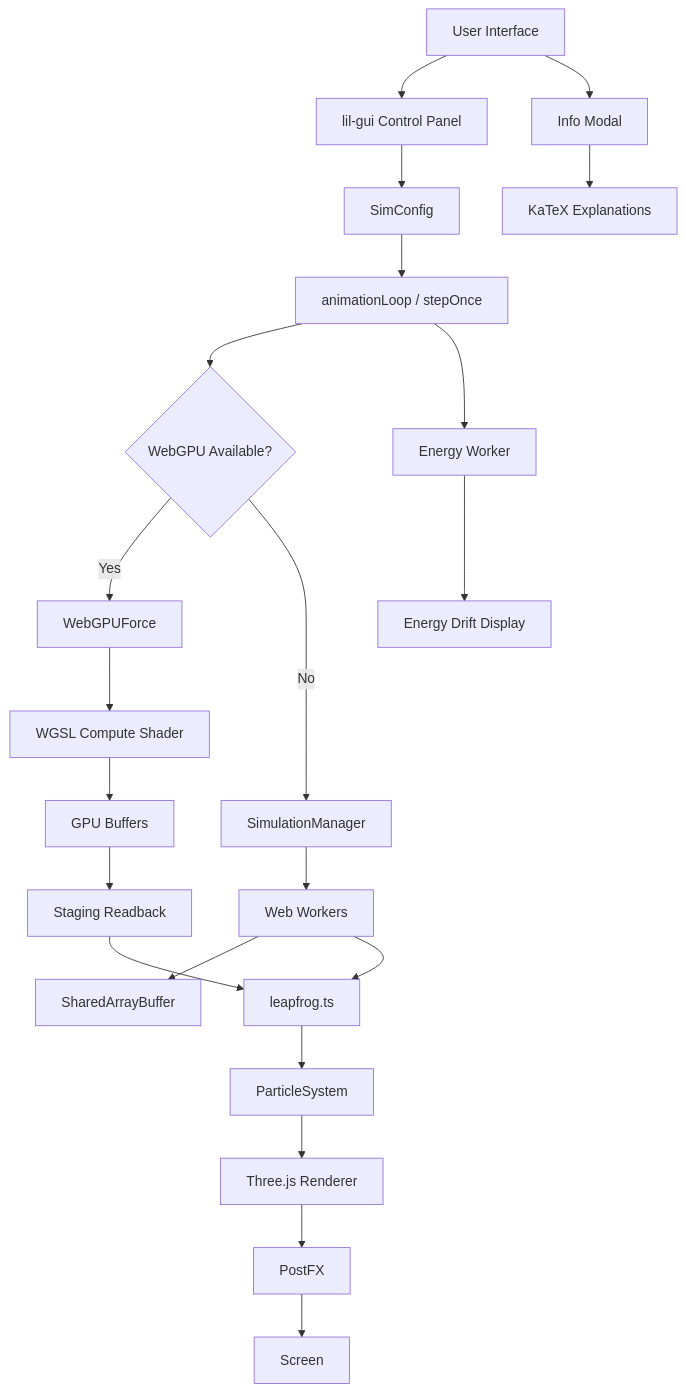
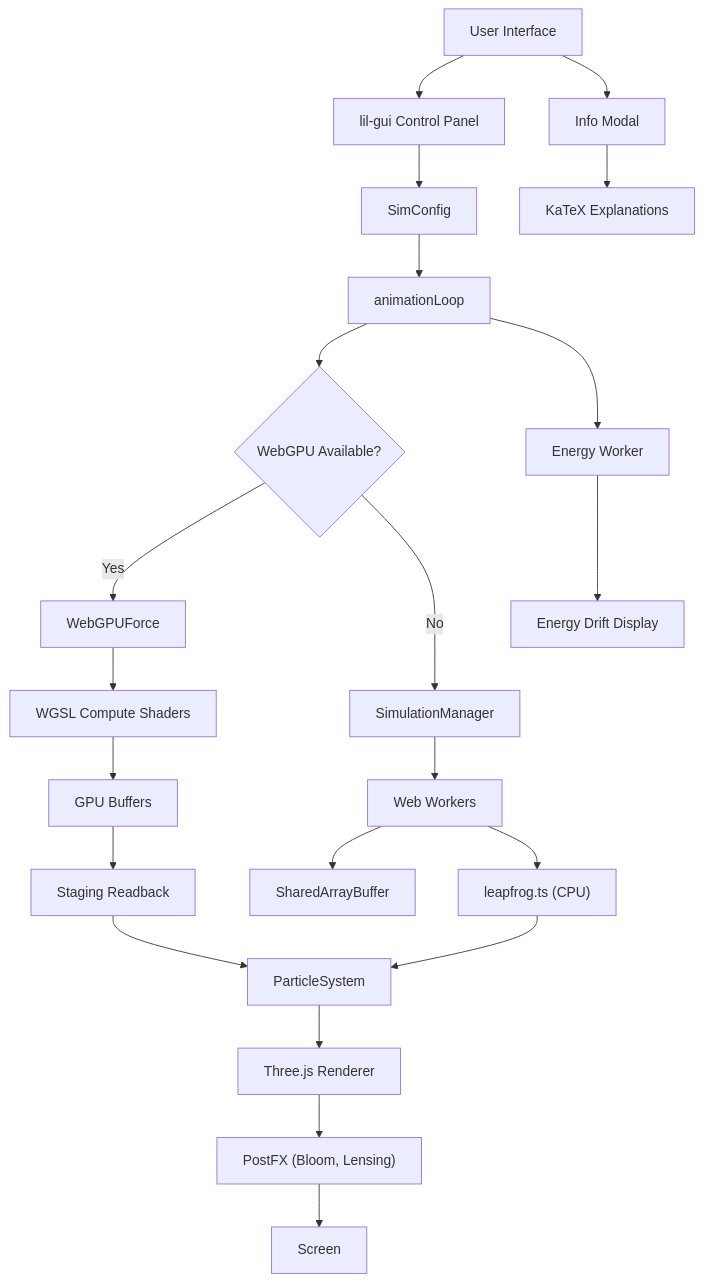
One commit to richie-rich90454/n-body-sim changed the first of 4 diagrams in README.md. Above: the diagram before and after it, drawn with Mermaid. The commit also changed other lines of this file and 2 other files, not shown here.

Commit message:
docs: update README to reflect full GPU leapfrog integration and CPU fallback details

````diff
--- a/README.md
+++ b/README.md
@@ -31,24 +31,24 @@
 ```mermaid
 flowchart TD
     A[User Interface] --> B[lil‑gui Control Panel]
     A --> C[Info Modal]
     C --> D[KaTeX Explanations]
     B --> E[SimConfig]
-    E --> F[animationLoop / stepOnce]
+    E --> F[animationLoop]
     F --> G{WebGPU Available?}
     G -->|Yes| H[WebGPUForce]
     G -->|No| I[SimulationManager]
     I --> J[Web Workers]
     J --> K[SharedArrayBuffer]
-    H --> L[WGSL Compute Shader]
+    H --> L[WGSL Compute Shaders]
     L --> M[GPU Buffers]
     M --> N[Staging Readback]
-    N --> O[leapfrog.ts]
-    J --> O
-    O --> P[ParticleSystem]
+    N --> P[ParticleSystem]
+    J --> O["leapfrog.ts (CPU)"]
+    O --> P
     P --> Q[Three.js Renderer]
-    Q --> R[PostFX]
+    Q --> R["PostFX (Bloom, Lensing)"]
     R --> S[Screen]
     F --> T[Energy Worker]
     T --> U[Energy Drift Display]
 ```
````
